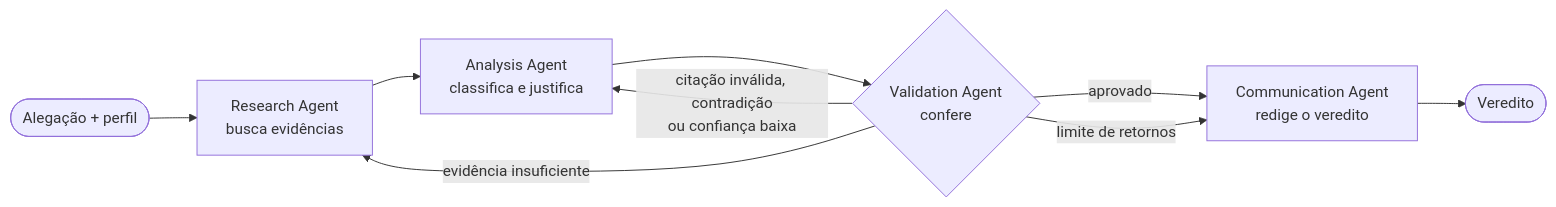
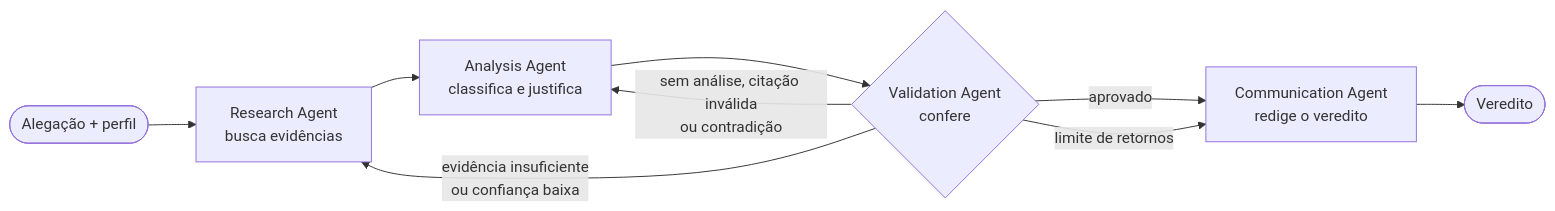
One commit to challenge2-qualidade-vida/challenge2-qualidade-de-vida changed the first of 2 diagrams in docs/semana-4/arquitetura-agentes.md. Above: the diagram before and after it, drawn with Mermaid. The commit also changed other lines of this file, not shown here.

First line of the commit message:
docs(semana-4): alinha o Validation com a spec 79 e registra a avaliação

````diff
--- a/docs/semana-4/arquitetura-agentes.md
+++ b/docs/semana-4/arquitetura-agentes.md
@@ -28,11 +28,11 @@
 ```mermaid
 flowchart LR
     entrada([Alegação + perfil]) --> research[Research Agent<br/>busca evidências]
     research --> analysis[Analysis Agent<br/>classifica e justifica]
     analysis --> validation{Validation Agent<br/>confere}
     validation -->|aprovado| communication[Communication Agent<br/>redige o veredito]
-    validation -->|evidência insuficiente| research
-    validation -->|citação inválida, contradição<br/>ou confiança baixa| analysis
+    validation -->|evidência insuficiente<br/>ou confiança baixa| research
+    validation -->|sem análise, citação inválida<br/>ou contradição| analysis
     validation -->|limite de retornos| communication
     communication --> saida([Veredito])
 ```
````
